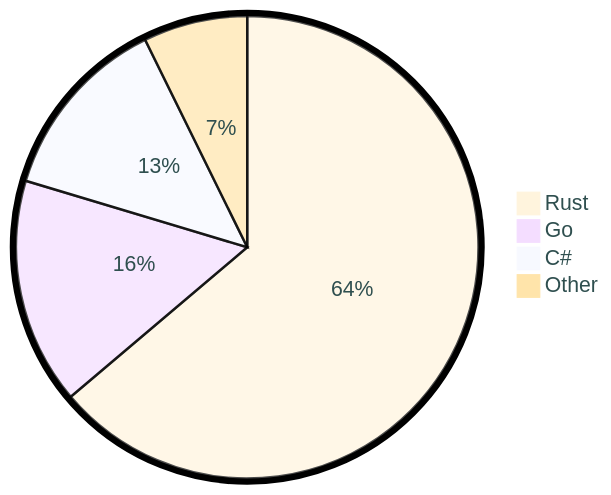
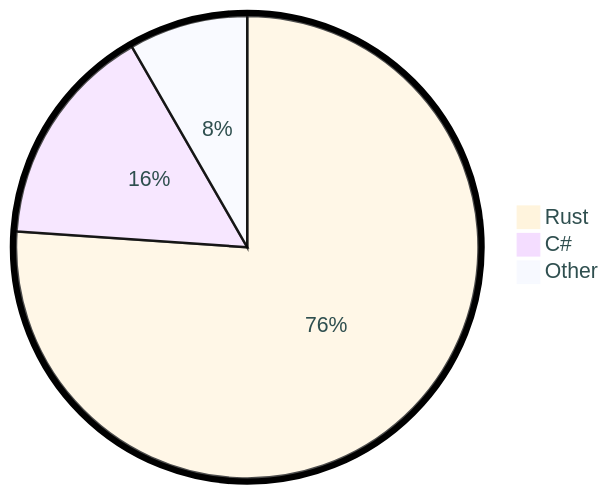
The diagram in README.md (tot0p/tot0p), drawn with Mermaid before and after one commit. The commit also changed other lines of this file, not shown here.

````diff
--- a/README.md
+++ b/README.md
@@ -79,8 +78,7 @@
 ```mermaid
 %%{init: {"pie": {"textPosition": 0.5}, "themeVariables": {"pieOuterStrokeWidth": "5px","primaryTextColor" : "#2F4F4F"},"theme":"base"} }%%
 pie
-	"Rust": 63.81
-	"Go": 15.82
-	"C#": 13.08
-	"Other": 7.280000000000001
+	"Rust": 76.09
+	"C#": 15.6
+	"Other": 8.31
 ```
````
